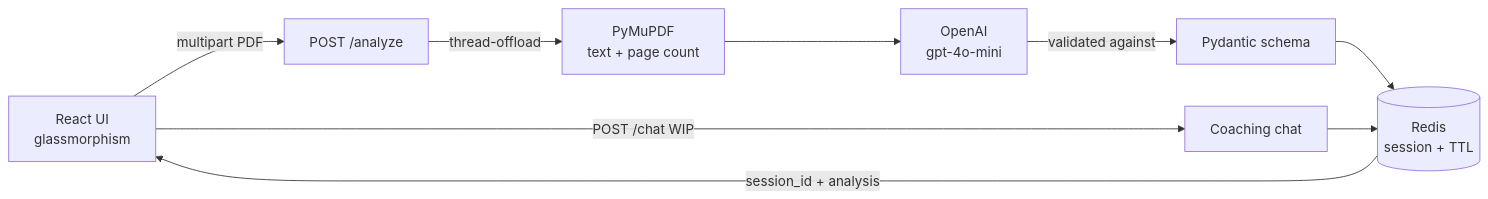
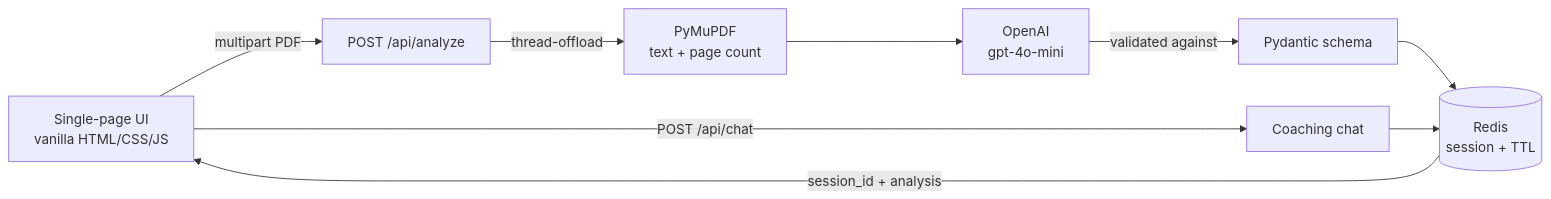
The diagram in README.md (vishal786-commits/north-star), drawn with Mermaid before and after one commit. The commit also changed other lines of this file, not shown here.

````diff
--- a/README.md
+++ b/README.md
@@ -31,11 +31,11 @@
 ```mermaid
 flowchart LR
-    U[React UI<br/>glassmorphism] -->|multipart PDF| A[POST /analyze]
+    U[Single-page UI<br/>vanilla HTML/CSS/JS] -->|multipart PDF| A[POST /api/analyze]
     A -->|thread-offload| E[PyMuPDF<br/>text + page count]
     E --> L[OpenAI<br/>gpt-4o-mini]
     L -->|validated against| S[Pydantic schema]
     S --> R[(Redis<br/>session + TTL)]
     R -->|session_id + analysis| U
-    U -->|POST /chat WIP| C[Coaching chat]
+    U -->|POST /api/chat| C[Coaching chat]
     C --> R
 ```
````
